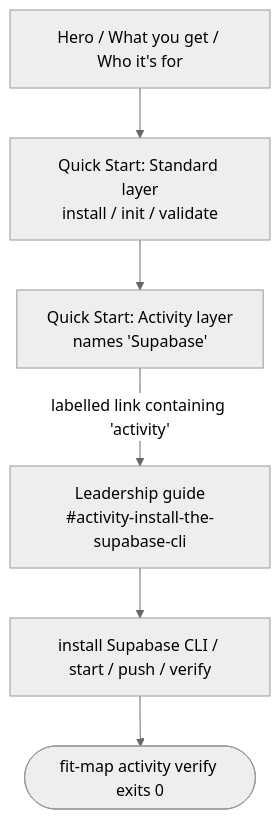
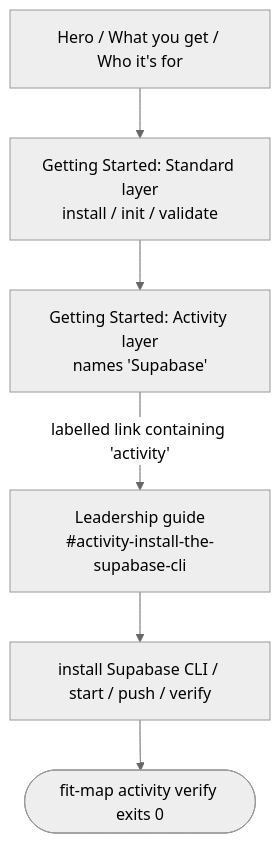
One commit to forwardimpact/pathway changed the diagram in specs/660-map-product-page-activity-walkthrough/design-a.md. Above: the diagram before and after it, drawn with Mermaid (neutral theme). The commit also changed other lines of this file, not shown here.

````diff
--- a/specs/660-map-product-page-activity-walkthrough/design-a.md
+++ b/specs/660-map-product-page-activity-walkthrough/design-a.md
@@ -27,10 +28,10 @@
 ```mermaid
 graph TD
   Hero[Hero / What you get / Who it's for] --> QSstd
-  QSstd[Quick Start: Standard layer<br/>install / init / validate] --> QSact
-  QSact[Quick Start: Activity layer<br/>names 'Supabase']
+  QSstd[Getting Started: Standard layer<br/>install / init / validate] --> QSact
+  QSact[Getting Started: Activity layer<br/>names 'Supabase']
   QSact -->|labelled link containing 'activity'| Guide
   Guide[Leadership guide<br/>#activity-install-the-supabase-cli]
   Guide --> Setup[install Supabase CLI / start / push / verify]
   Setup --> OK([fit-map activity verify exits 0])
 ```
````
